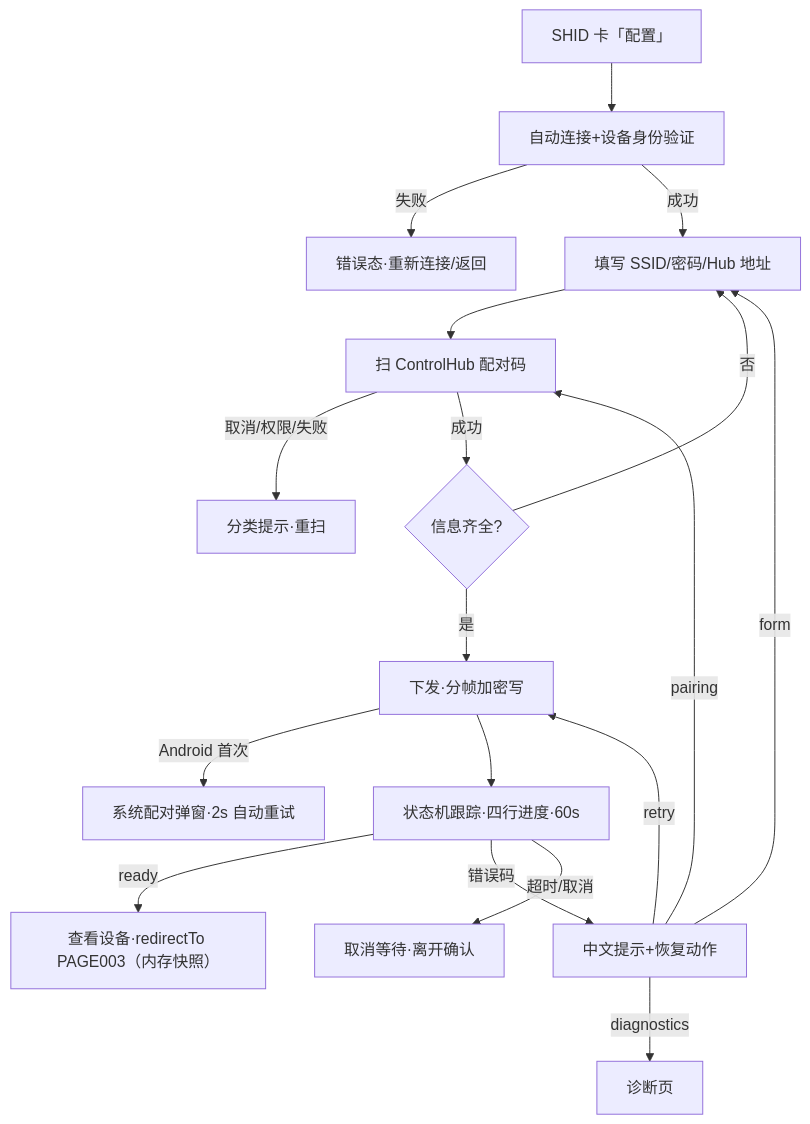
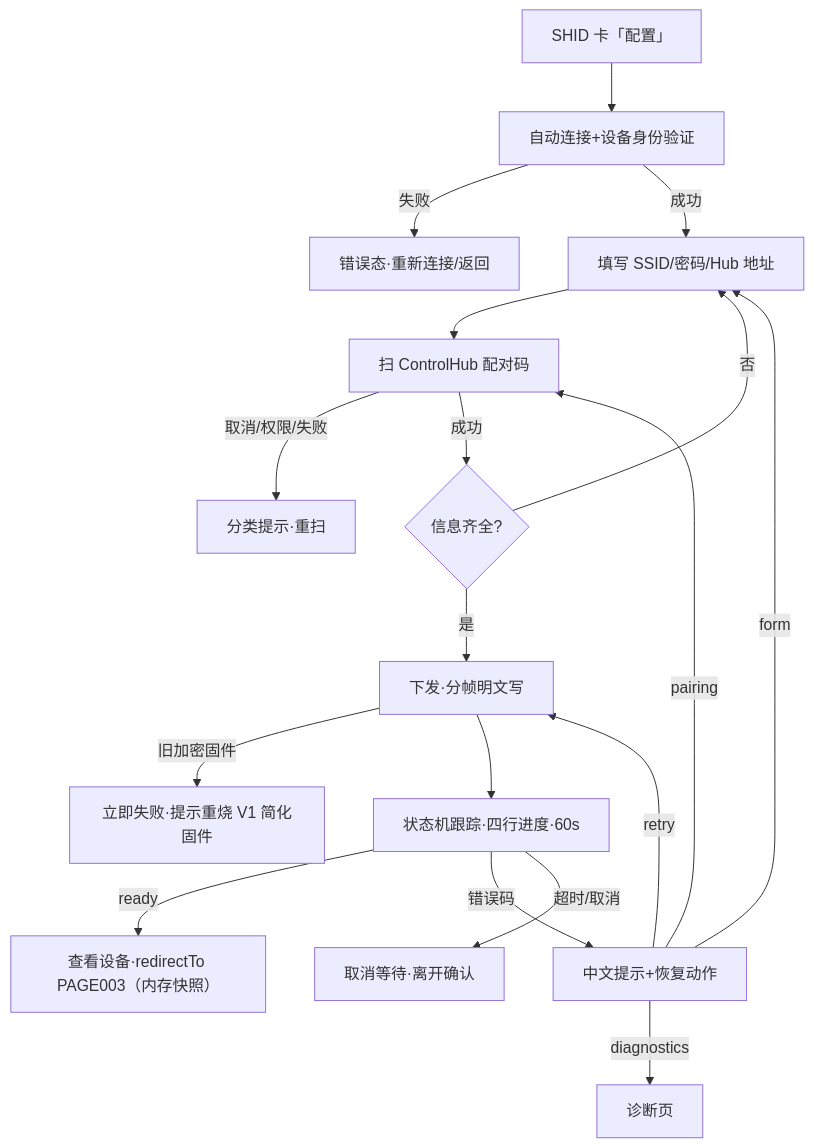
One commit to LuoYaoSheng/smart-ble changed the third of 6 diagrams in docs/specs/02_product/PRD.md. Above: the diagram before and after it, drawn with Mermaid. The commit also changed other lines of this file and 51 other files, not shown here.

````diff
--- a/docs/specs/02_product/PRD.md
+++ b/docs/specs/02_product/PRD.md
@@ -300,20 +300,20 @@
 ```mermaid
 flowchart TD
     A[SHID 卡「配置」] --> B[自动连接+设备身份验证]
     B -- 失败 --> B1[错误态·重新连接/返回]
     B -- 成功 --> C[填写 SSID/密码/Hub 地址]
     C --> D[扫 ControlHub 配对码]
     D -- 取消/权限/失败 --> D1[分类提示·重扫]
     D -- 成功 --> E{信息齐全?}
     E -- 否 --> C
-    E -- 是 --> F[下发·分帧加密写]
-    F -- Android 首次 --> F1[系统配对弹窗·2s 自动重试]
+    E -- 是 --> F[下发·分帧明文写]
+    F -- 旧加密固件 --> F1[立即失败·提示重烧 V1 简化固件]
     F --> G[状态机跟踪·四行进度·60s]
     G -- ready --> H[查看设备·redirectTo PAGE003（内存快照）]
     G -- 错误码 --> I[中文提示+恢复动作]
     I -- form --> C
     I -- pairing --> D
     I -- diagnostics --> J[诊断页]
     I -- retry --> F
     G -- 超时/取消 --> K[取消等待·离开确认]
 ```
````
